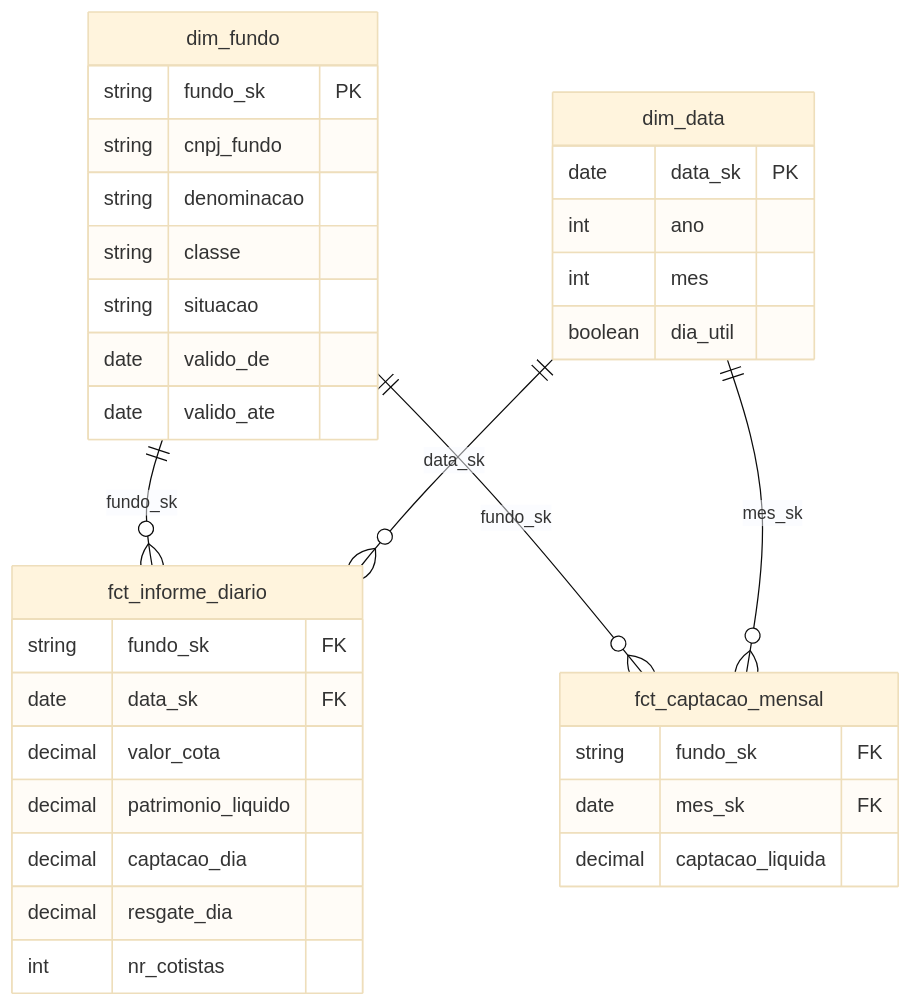
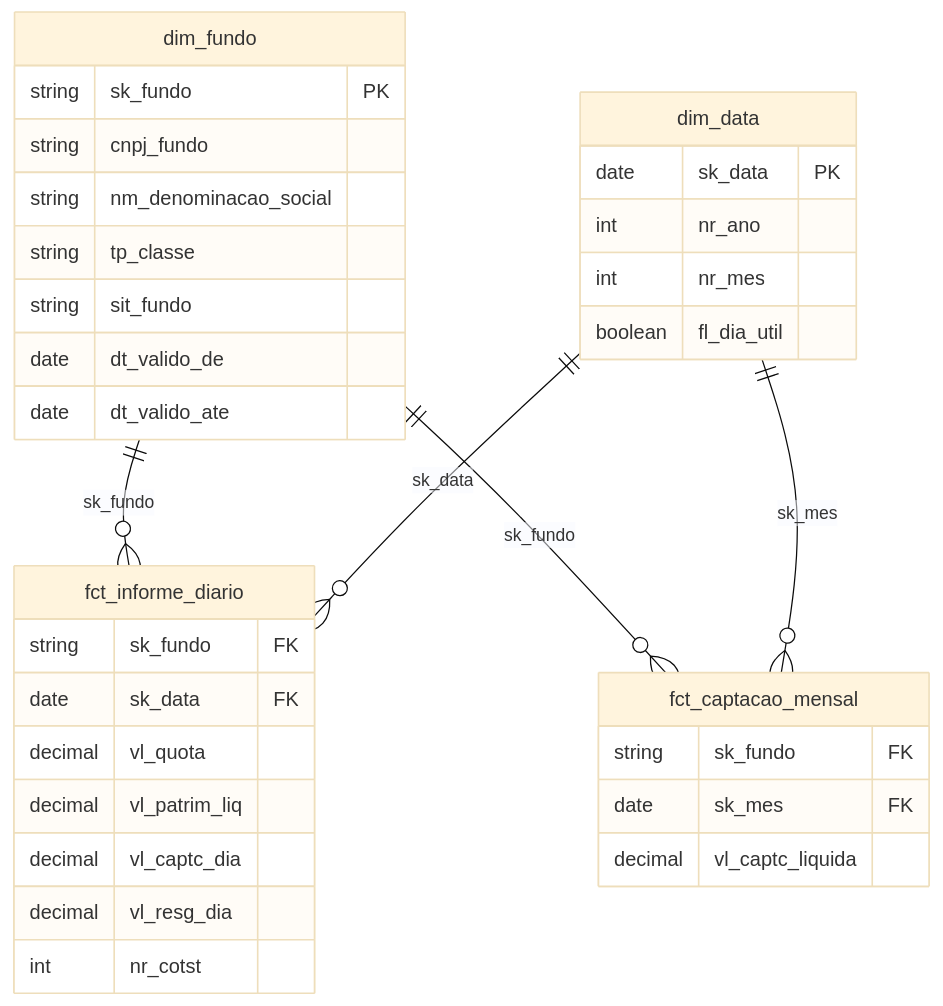
The second of 2 diagrams in README.md (thalesreiser/dbt-dw-api), drawn with Mermaid (base theme) before and after one commit. The commit also changed other lines of this file and 17 other files, not shown here.

````diff
--- a/README.md
+++ b/README.md
@@ -48,37 +63,37 @@
 ```mermaid
 erDiagram
-  dim_fundo ||--o{ fct_informe_diario : "fundo_sk"
-  dim_data  ||--o{ fct_informe_diario : "data_sk"
-  dim_fundo ||--o{ fct_captacao_mensal : "fundo_sk"
-  dim_data  ||--o{ fct_captacao_mensal : "mes_sk"
+  dim_fundo ||--o{ fct_informe_diario : "sk_fundo"
+  dim_data  ||--o{ fct_informe_diario : "sk_data"
+  dim_fundo ||--o{ fct_captacao_mensal : "sk_fundo"
+  dim_data  ||--o{ fct_captacao_mensal : "sk_mes"
 
   dim_fundo {
-    string fundo_sk PK
+    string sk_fundo PK
     string cnpj_fundo
-    string denominacao
-    string classe
-    string situacao
-    date valido_de
-    date valido_ate
+    string nm_denominacao_social
+    string tp_classe
+    string sit_fundo
+    date dt_valido_de
+    date dt_valido_ate
   }
   dim_data {
-    date data_sk PK
-    int ano
-    int mes
-    boolean dia_util
+    date sk_data PK
+    int nr_ano
+    int nr_mes
+    boolean fl_dia_util
   }
   fct_informe_diario {
-    string fundo_sk FK
-    date data_sk FK
-    decimal valor_cota
-    decimal patrimonio_liquido
-    decimal captacao_dia
-    decimal resgate_dia
-    int nr_cotistas
+    string sk_fundo FK
+    date sk_data FK
+    decimal vl_quota
+    decimal vl_patrim_liq
+    decimal vl_captc_dia
+    decimal vl_resg_dia
+    int nr_cotst
   }
   fct_captacao_mensal {
-    string fundo_sk FK
-    date mes_sk FK
-    decimal captacao_liquida
+    string sk_fundo FK
+    date sk_mes FK
+    decimal vl_captc_liquida
   }
 ```
````
